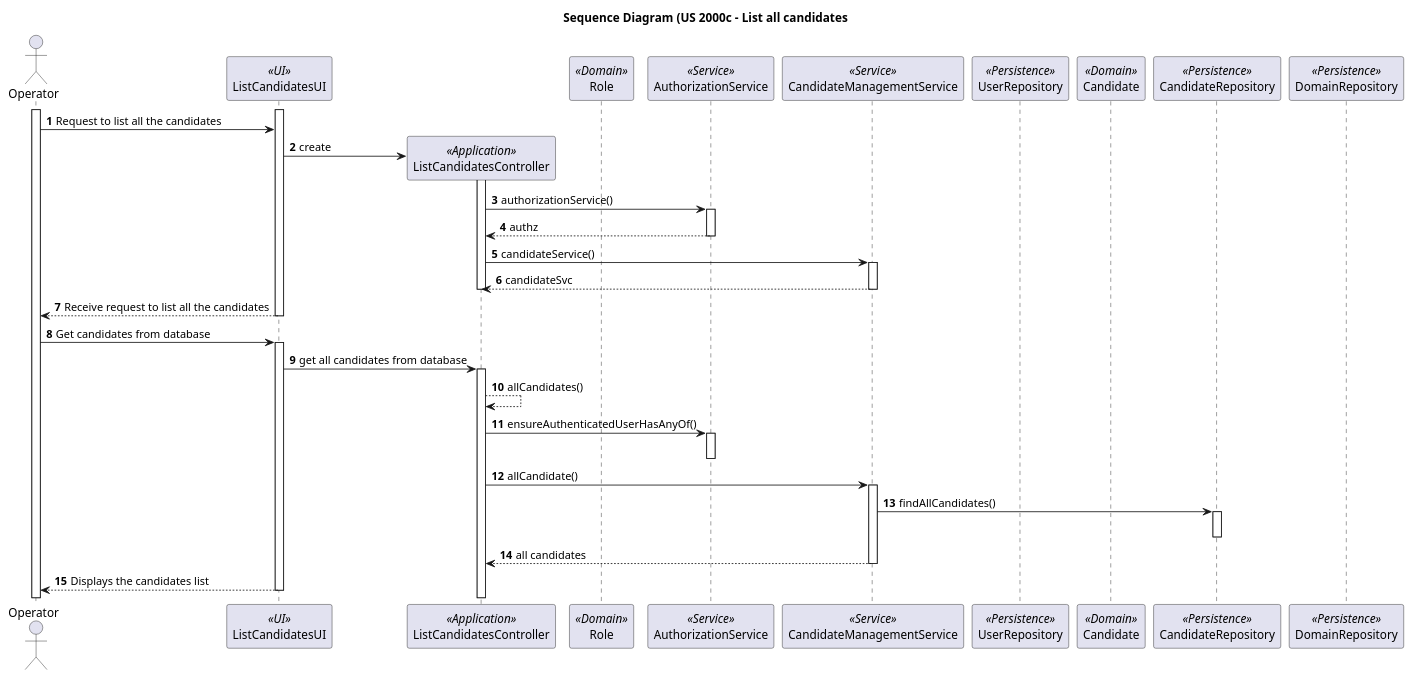
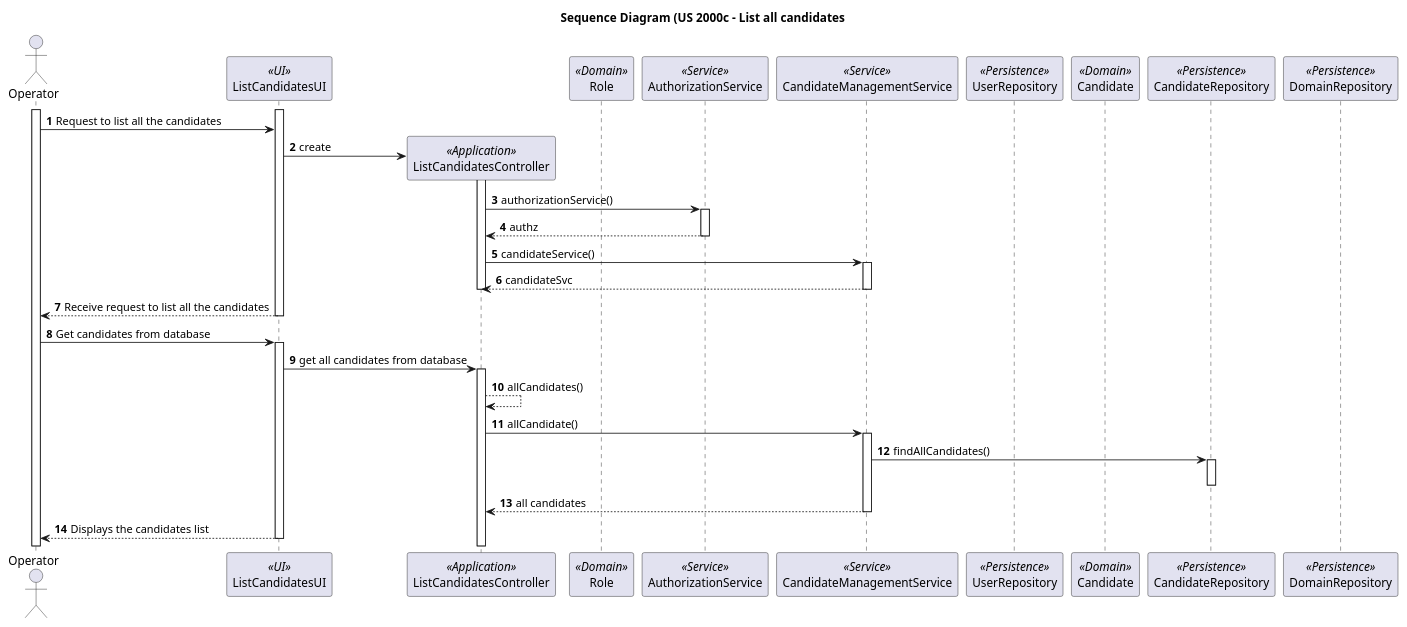
The diagram in docs/sprintB/2000c/puml/2000c-sequence-diagram.puml (marcoferreira37/Lapr4), drawn with PlantUML before and after one commit.

Commit message:
#19 sequence diagram last change

```diff
--- a/docs/sprintB/2000c/puml/2000c-sequence-diagram.puml
+++ b/docs/sprintB/2000c/puml/2000c-sequence-diagram.puml
@@ -1,52 +1,49 @@
 @startuml
 title Sequence Diagram (US 2000c - List all candidates
 
 autonumber
 actor Operator as Operator
 participant ListCandidatesUI as UI <<UI>>
 participant ListCandidatesController as CTRL <<Application>>
 participant Role as Role <<Domain>>
 participant AuthorizationService as AS <<Service>>
 participant CandidateManagementService as UMS <<Service>>
 participant UserRepository as URepo <<Persistence>>
 participant Candidate as C <<Domain>>
 participant CandidateRepository as CRepo <<Persistence>>
 participant DomainRepository as D <<Persistence>>
 
 
 activate Operator
 activate UI
 Operator -> UI: Request to list all the candidates
 
 UI -> CTRL**:create
 activate CTRL
 CTRL -> AS : authorizationService()
 activate AS
 AS --> CTRL: authz
 deactivate AS
 CTRL-> UMS : candidateService()
 activate UMS
 UMS-->CTRL: candidateSvc
 deactivate UMS
 deactivate CTRL
 UI --> Operator: Receive request to list all the candidates
 deactivate UI
 Operator -> UI: Get candidates from database
 activate UI
 UI-> CTRL: get all candidates from database
 activate CTRL
 CTRL-->CTRL:allCandidates()
-CTRL->AS : ensureAuthenticatedUserHasAnyOf()
-activate AS
-deactivate AS
 CTRL-> UMS : allCandidate()
 activate UMS
 UMS->CRepo: findAllCandidates()
 activate CRepo
 deactivate CRepo
 UMS-->CTRL: all candidates
 deactivate UMS
 UI --> Operator:Displays the candidates list
 deactivate UI
 
 @enduml
```
